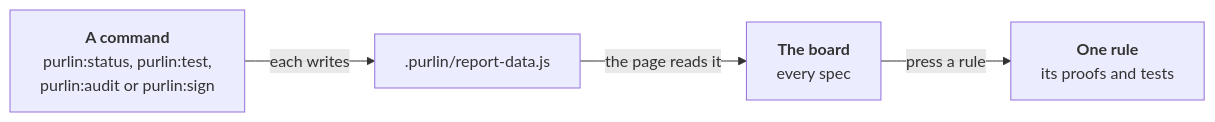
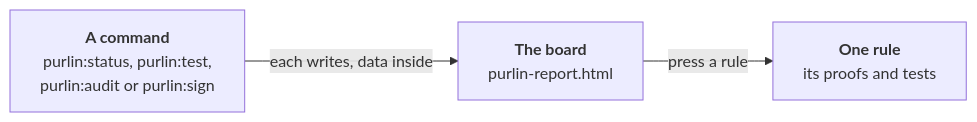
One commit to rlabarca/purlin changed the diagram in docs/dashboard.md. Above: the diagram before and after it, drawn with Mermaid. The commit also changed other lines of this file and 29 other files, not shown here.

````diff
--- a/docs/dashboard.md
+++ b/docs/dashboard.md
@@ -10,6 +13,5 @@
 ```mermaid
 flowchart LR
-    C["<b>A command</b><br>purlin:status, purlin:test,<br>purlin:audit or purlin:sign"] -->|each writes| D[".purlin/report-data.js"]
-    D -->|the page reads it| B["<b>The board</b><br>every spec"]
+    C["<b>A command</b><br>purlin:status, purlin:test,<br>purlin:audit or purlin:sign"] -->|each writes, data inside| B["<b>The board</b><br>purlin-report.html"]
     B -->|press a rule| R["<b>One rule</b><br>its proofs and tests"]
 ```
````
